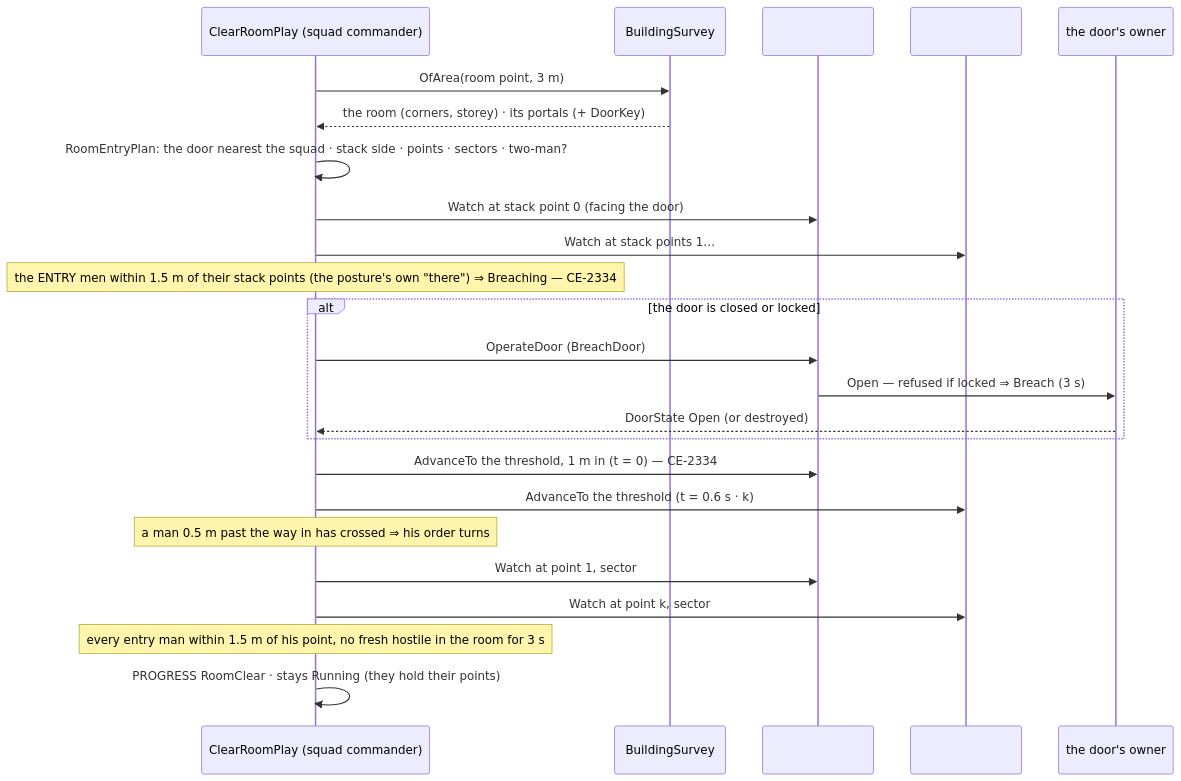
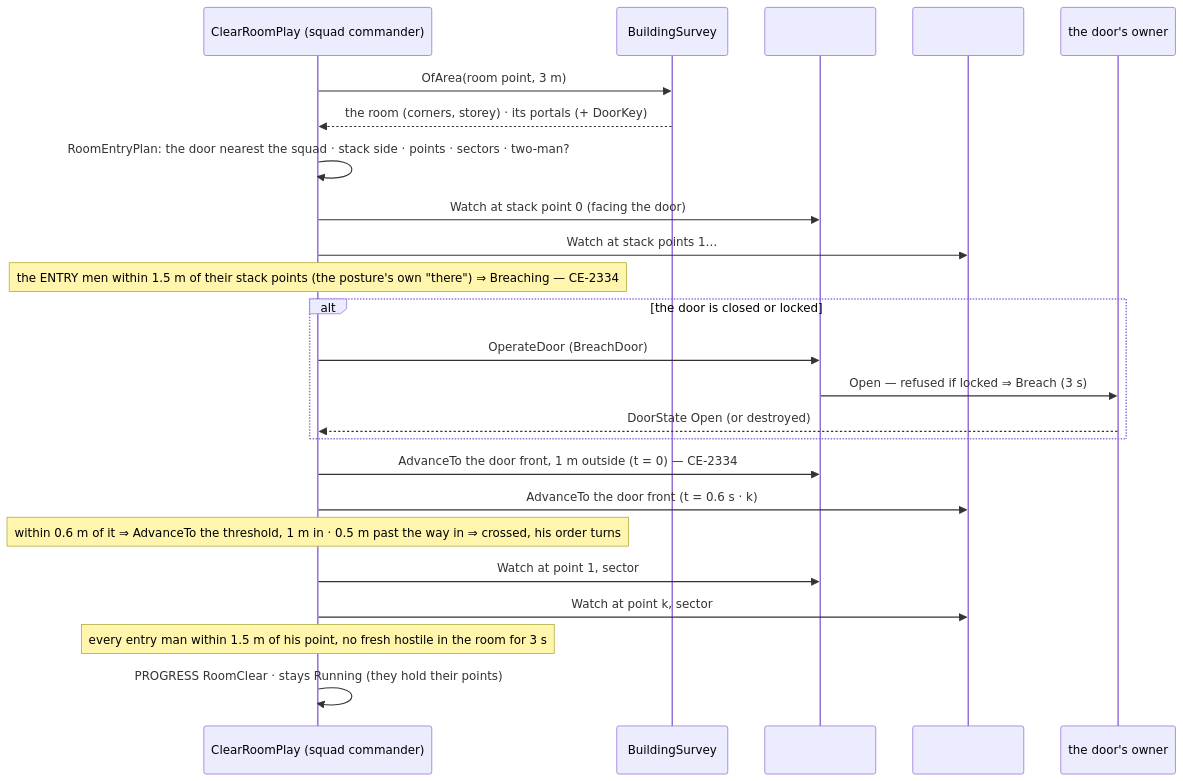
Before and after one commit to pjanec/HROT: diagram 12 of 16 in docs/designs/group-maneuvers/DESIGN_Building_Clearing.md, drawn with Mermaid. The commit also changed other lines of this file and 8 other files, not shown here.

````diff
--- a/docs/designs/group-maneuvers/DESIGN_Building_Clearing.md
+++ b/docs/designs/group-maneuvers/DESIGN_Building_Clearing.md
@@ -685,26 +685,26 @@
 ```mermaid
 sequenceDiagram
   participant P as ClearRoomPlay (squad commander)
   participant WS as BuildingSurvey
   participant M1 as #1 (PointMan)
   participant Mk as #2…#4
   participant D as the door's owner
   P->>WS: OfArea(room point, 3 m)
   WS-->>P: the room (corners, storey) · its portals (+ DoorKey)
   P->>P: RoomEntryPlan: the door nearest the squad · stack side · points · sectors · two-man?
   P->>M1: Watch at stack point 0 (facing the door)
   P->>Mk: Watch at stack points 1…
   Note over P: the ENTRY men within 1.5 m of their stack points (the posture's own "there") ⇒ Breaching — CE-2334
   alt the door is closed or locked
     P->>M1: OperateDoor (BreachDoor)
     M1->>D: Open — refused if locked ⇒ Breach (3 s)
     D-->>P: DoorState Open (or destroyed)
   end
-  P->>M1: AdvanceTo the threshold, 1 m in (t = 0) — CE-2334
-  P->>Mk: AdvanceTo the threshold (t = 0.6 s · k)
-  Note over P: a man 0.5 m past the way in has crossed ⇒ his order turns
+  P->>M1: AdvanceTo the door front, 1 m outside (t = 0) — CE-2334
+  P->>Mk: AdvanceTo the door front (t = 0.6 s · k)
+  Note over P: within 0.6 m of it ⇒ AdvanceTo the threshold, 1 m in · 0.5 m past the way in ⇒ crossed, his order turns
   P->>M1: Watch at point 1, sector
   P->>Mk: Watch at point k, sector
   Note over P: every entry man within 1.5 m of his point, no fresh hostile in the room for 3 s
   P->>P: PROGRESS RoomClear · stays Running (they hold their points)
 ```
````
